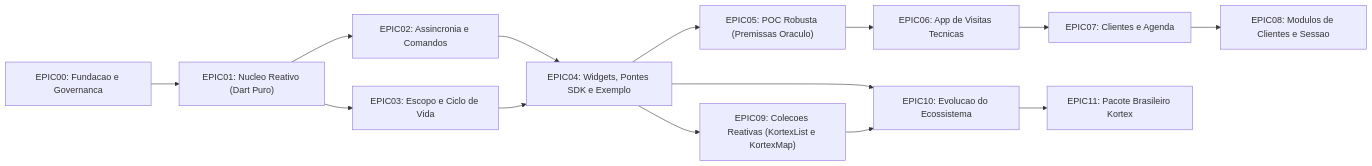
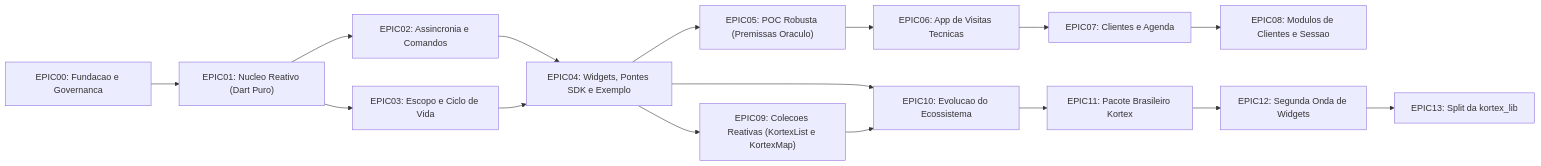
One commit to DenersonNobre/Kortex changed the diagram in docs/plan/README.md. Above: the diagram before and after it, drawn with Mermaid. The commit also changed other lines of this file and 1 other file, not shown here.

First line of the commit message:
docs(plan): escrever EPIC12 e indexar EPIC12/EPIC13 no plano

````diff
--- a/docs/plan/README.md
+++ b/docs/plan/README.md
@@ -10,16 +10,18 @@
 ```mermaid
 flowchart LR
     E0["EPIC00: Fundacao e Governanca"] --> E1["EPIC01: Nucleo Reativo (Dart Puro)"]
     E1 --> E2["EPIC02: Assincronia e Comandos"]
     E1 --> E3["EPIC03: Escopo e Ciclo de Vida"]
     E2 --> E4["EPIC04: Widgets, Pontes SDK e Exemplo"]
     E3 --> E4
     E4 --> E5["EPIC05: POC Robusta (Premissas Oraculo)"]
     E5 --> E6["EPIC06: App de Visitas Tecnicas"]
     E6 --> E7["EPIC07: Clientes e Agenda"]
     E7 --> E8["EPIC08: Modulos de Clientes e Sessao"]
     E4 --> E9["EPIC09: Colecoes Reativas (KortexList e KortexMap)"]
     E4 --> E10["EPIC10: Evolucao do Ecossistema"]
     E9 --> E10
     E10 --> E11["EPIC11: Pacote Brasileiro Kortex"]
+    E11 --> E12["EPIC12: Segunda Onda de Widgets"]
+    E12 --> E13["EPIC13: Split da kortex_lib"]
 ```
````
